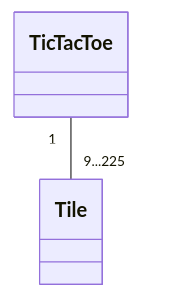
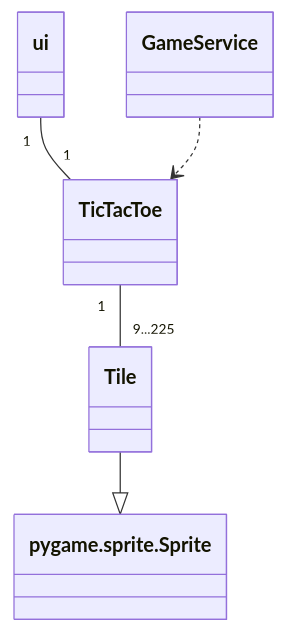
One commit to jannelem/ot-harjoitustyo-jannelem changed the diagram in dokumentaatio/arkkitehtuuri.md. Above: the diagram before and after it, drawn with Mermaid.

````diff
--- a/dokumentaatio/arkkitehtuuri.md
+++ b/dokumentaatio/arkkitehtuuri.md
@@ -1,4 +1,7 @@
 ```mermaid
 classDiagram
-TicTacToe "1" -- "9...225" Tile
+  TicTacToe "1" -- "9...225" Tile
+  ui "1" -- "1" TicTacToe
+  Tile --|> pygame.sprite.Sprite
+  GameService ..> TicTacToe
 ```
````
